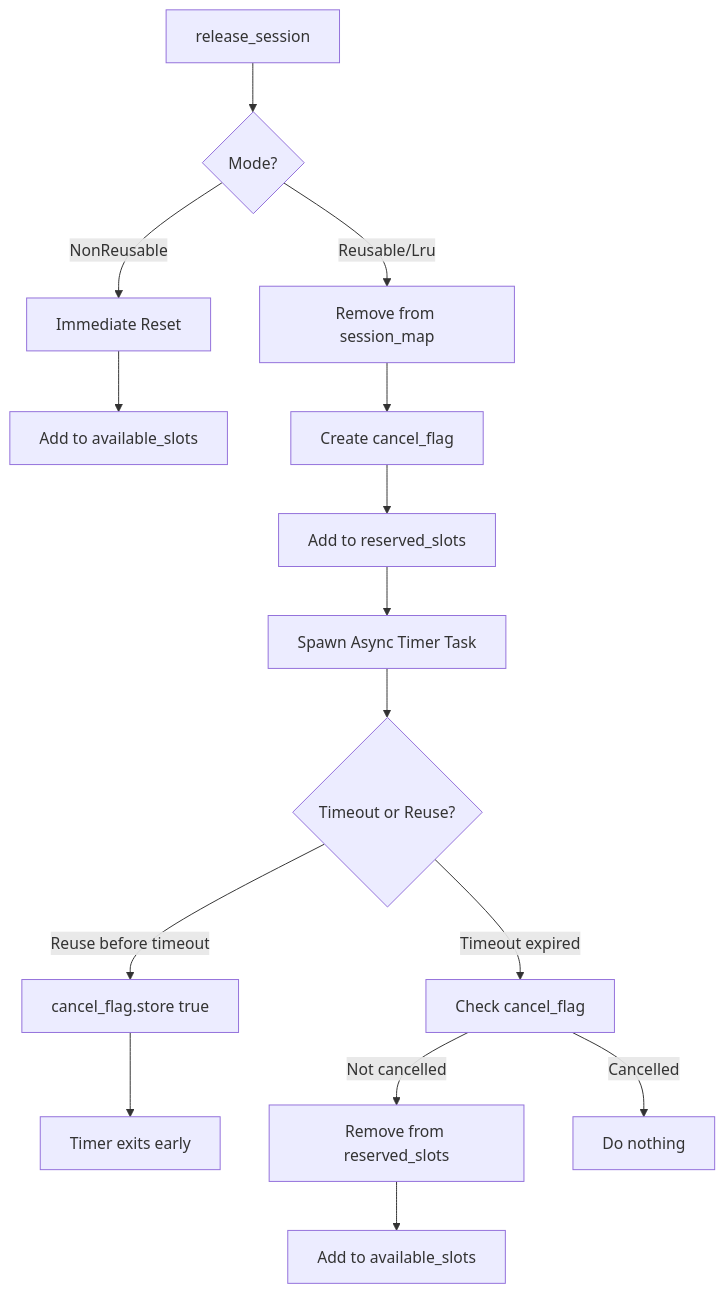
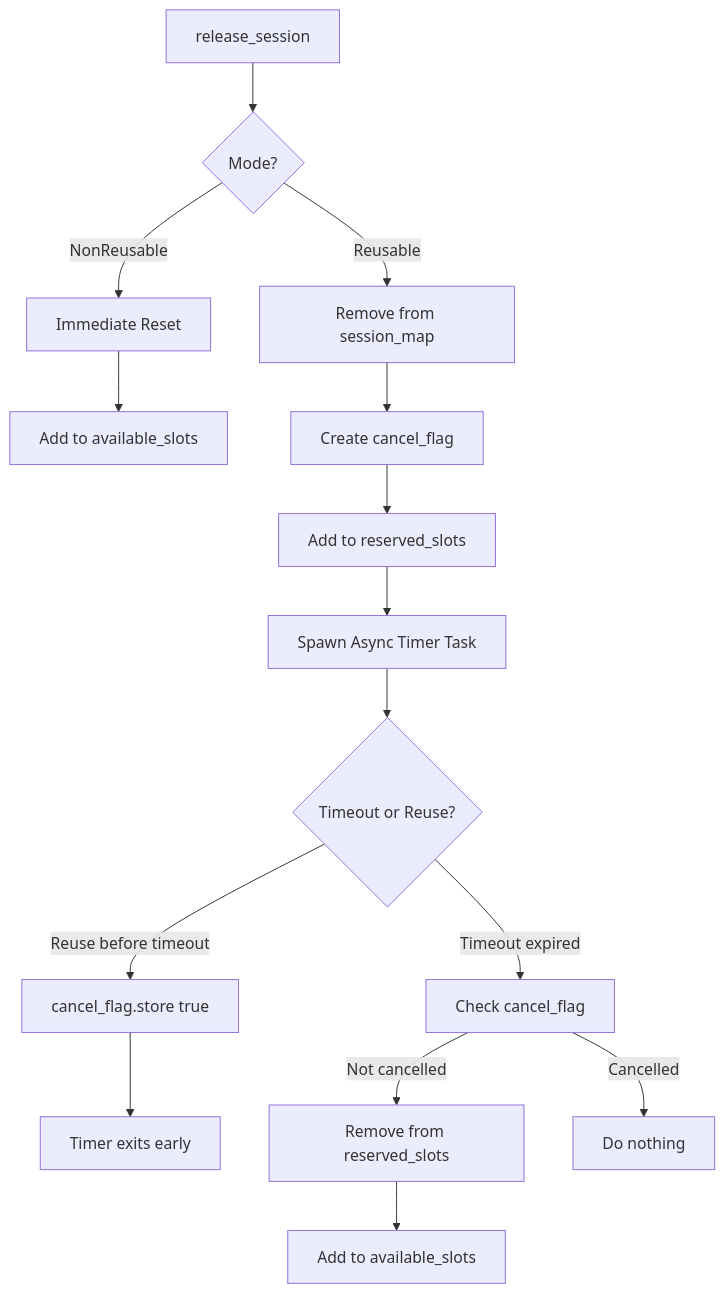
Before and after one commit to lucienhuangfu/eLLM: the third of 5 diagrams in docs/design/runtime/session_management.md, drawn with Mermaid. The commit also changed other lines of this file and 18 other files, not shown here.

First line of the commit message:
Remove Lru mode, use Reusable; add ApiError

````diff
--- a/docs/design/runtime/session_management.md
+++ b/docs/design/runtime/session_management.md
@@ -364,21 +368,21 @@
 ```mermaid
 flowchart TD
     A[release_session] --> B{Mode?}
     B -->|NonReusable| C[Immediate Reset]
     C --> D[Add to available_slots]
     
-    B -->|Reusable/Lru| E[Remove from session_map]
+    B -->|Reusable| E[Remove from session_map]
     E --> F[Create cancel_flag]
     F --> G[Add to reserved_slots]
     G --> H[Spawn Async Timer Task]
     
     H --> I{Timeout or Reuse?}
     I -->|Reuse before timeout| J[cancel_flag.store true]
     J --> K[Timer exits early]
     
     I -->|Timeout expired| L[Check cancel_flag]
     L -->|Not cancelled| M[Remove from reserved_slots]
     M --> N[Add to available_slots]
     
     L -->|Cancelled| O[Do nothing]
 ```
````
